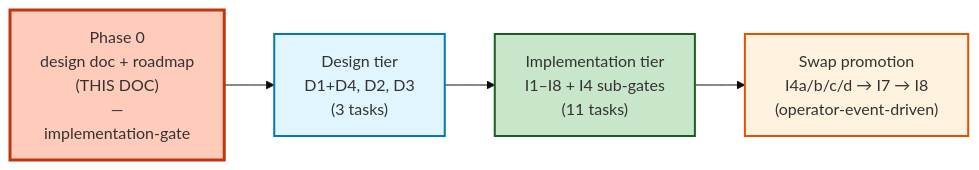
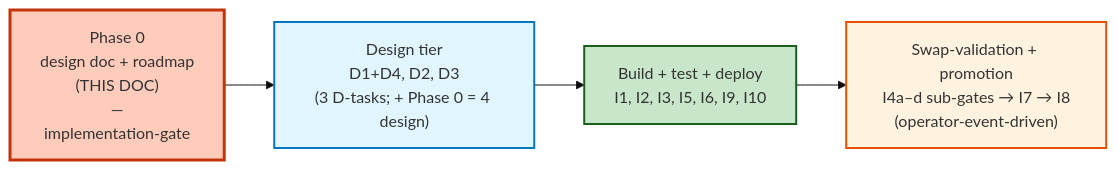
One commit to deepily/lupin changed the second of 2 diagrams in src/rnd/v0.1.7/2026.05.20-generic-heartbeat-poker-abstraction-design.md. Above: the diagram before and after it, drawn with Mermaid (base theme). The commit also changed other lines of this file, not shown here.

First line of the commit message:
[LUPIN] Heartbeat-poker design: apply Cascade Run 5 Pass 1 Fitness findings

````diff
--- a/src/rnd/v0.1.7/2026.05.20-generic-heartbeat-poker-abstraction-design.md
+++ b/src/rnd/v0.1.7/2026.05.20-generic-heartbeat-poker-abstraction-design.md
@@ -210,11 +231,11 @@
 ```mermaid
 graph LR
-    Phase0["Phase 0<br/>design doc + roadmap<br/>(THIS DOC)<br/>—<br/>implementation-gate"] --> Design["Design tier<br/>D1+D4, D2, D3<br/>(3 tasks)"]
-    Design --> Impl["Implementation tier<br/>I1–I8 + I4 sub-gates<br/>(11 tasks)"]
-    Impl --> Swap["Swap promotion<br/>I4a/b/c/d → I7 → I8<br/>(operator-event-driven)"]
+    Phase0["Phase 0<br/>design doc + roadmap<br/>(THIS DOC)<br/>—<br/>implementation-gate"] --> Design["Design tier<br/>D1+D4, D2, D3<br/>(3 D-tasks; + Phase 0 = 4 design)"]
+    Design --> Build["Build + test + deploy<br/>I1, I2, I3, I5, I6, I9, I10"]
+    Build --> Swap["Swap-validation + promotion<br/>I4a–d sub-gates → I7 → I8<br/>(operator-event-driven)"]
 
     style Phase0 fill:#FFCCBC,stroke:#BF360C,stroke-width:3px
     style Design fill:#E1F5FE,stroke:#0277BD,stroke-width:2px
-    style Impl fill:#C8E6C9,stroke:#1B5E20,stroke-width:2px
+    style Build fill:#C8E6C9,stroke:#1B5E20,stroke-width:2px
     style Swap fill:#FFF3E0,stroke:#E65100,stroke-width:2px
 ```
````
